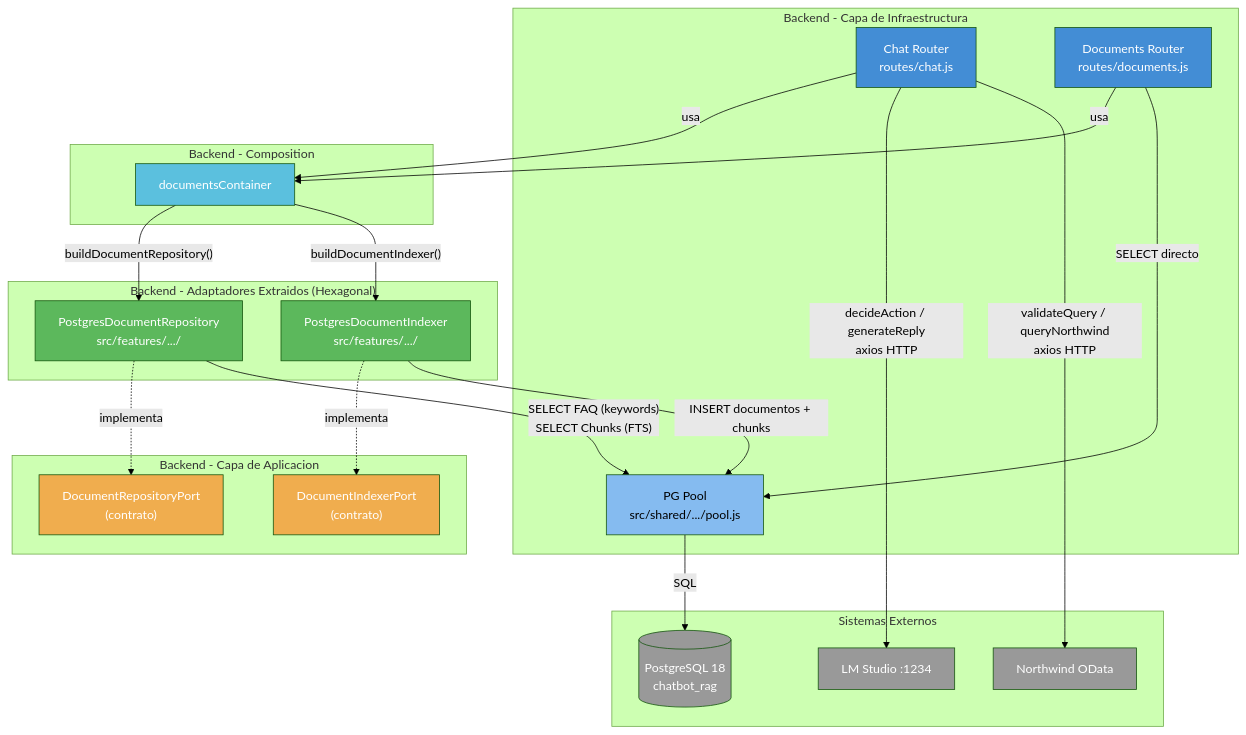
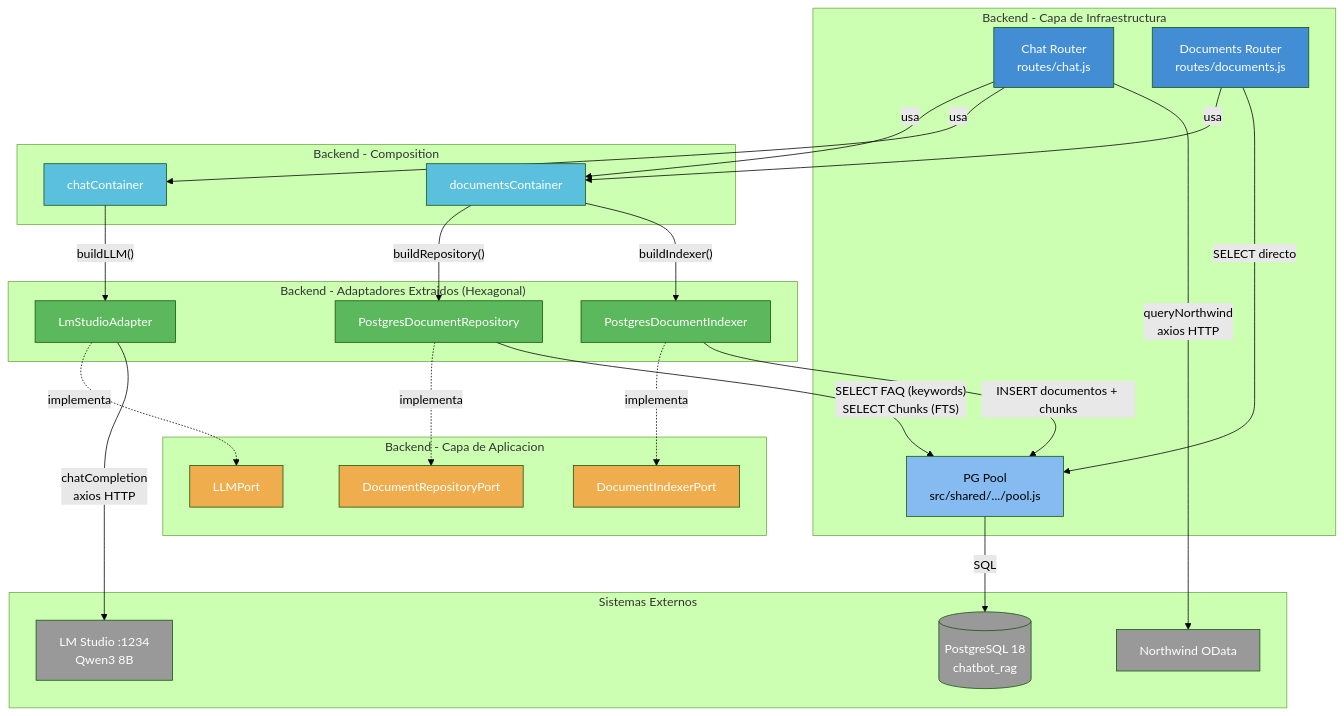
One commit to horangelmillan/chatbot-ia-local changed the diagram in docs/architecture/components.md. Above: the diagram before and after it, drawn with Mermaid (forest theme). The commit also changed other lines of this file and 4 other files, not shown here.

First line of the commit message:
feat(backend): extract LLMPort + LmStudioAdapter (Slice 3)

````diff
--- a/docs/architecture/components.md
+++ b/docs/architecture/components.md
@@ -21,53 +23,62 @@
 ```mermaid
 graph TB
     subgraph "Backend - Capa de Infraestructura"
         CR["Chat Router<br/>routes/chat.js"]
         DR["Documents Router<br/>routes/documents.js"]
         PL["PG Pool<br/>src/shared/.../pool.js"]
     end
 
     subgraph "Backend - Adaptadores Extraidos (Hexagonal)"
-        PDR["PostgresDocumentRepository<br/>src/features/.../"]
-        PDI["PostgresDocumentIndexer<br/>src/features/.../"]
+        PDR["PostgresDocumentRepository"]
+        PDI["PostgresDocumentIndexer"]
+        LMS["LmStudioAdapter"]
     end
 
     subgraph "Backend - Capa de Aplicacion"
-        DRP["DocumentRepositoryPort<br/>(contrato)"]
-        DIP["DocumentIndexerPort<br/>(contrato)"]
+        DRP["DocumentRepositoryPort"]
+        DIP["DocumentIndexerPort"]
+        LLP["LLMPort"]
     end
 
     subgraph "Backend - Composition"
         DC["documentsContainer"]
+        CC["chatContainer"]
     end
 
     subgraph "Sistemas Externos"
-        LLM["LM Studio :1234"]
+        LLM["LM Studio :1234<br/>Qwen3 8B"]
         PG[("PostgreSQL 18<br/>chatbot_rag")]
         NW["Northwind OData"]
     end
 
-    DC -->|"buildDocumentRepository()"| PDR
-    DC -->|"buildDocumentIndexer()"| PDI
+    DC -->|"buildRepository()"| PDR
+    DC -->|"buildIndexer()"| PDI
+    CC -->|"buildLLM()"| LMS
     DR -->|"usa"| DC
     CR -->|"usa"| DC
+    CR -->|"usa"| CC
     PDR -.->|"implementa"| DRP
     PDI -.->|"implementa"| DIP
-    CR -->|"decideAction / generateReply<br/>axios HTTP"| LLM
-    CR -->|"validateQuery / queryNorthwind<br/>axios HTTP"| NW
+    LMS -.->|"implementa"| LLP
+    CR -->|"queryNorthwind<br/>axios HTTP"| NW
+    LMS -->|"chatCompletion<br/>axios HTTP"| LLM
     DR -->|"SELECT directo"| PL
     PDR -->|"SELECT FAQ (keywords)<br/>SELECT Chunks (FTS)"| PL
     PDI -->|"INSERT documentos + chunks"| PL
     PL -->|"SQL"| PG
 
     style CR fill:#438dd5,color:#fff
     style DR fill:#438dd5,color:#fff
     style PL fill:#85bbf0,color:#000
     style PDR fill:#5cb85c,color:#fff
     style PDI fill:#5cb85c,color:#fff
+    style LMS fill:#5cb85c,color:#fff
     style DRP fill:#f0ad4e,color:#fff
     style DIP fill:#f0ad4e,color:#fff
+    style LLP fill:#f0ad4e,color:#fff
     style DC fill:#5bc0de,color:#fff
+    style CC fill:#5bc0de,color:#fff
     style LLM fill:#999999,color:#fff
     style NW fill:#999999,color:#fff
     style PG fill:#999999,color:#fff
 ```
````
